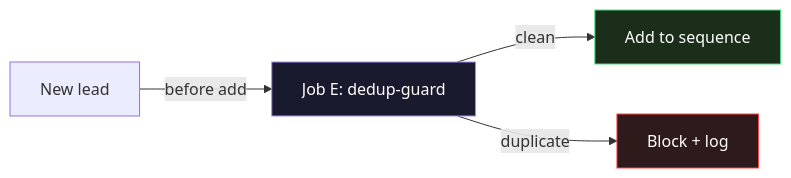
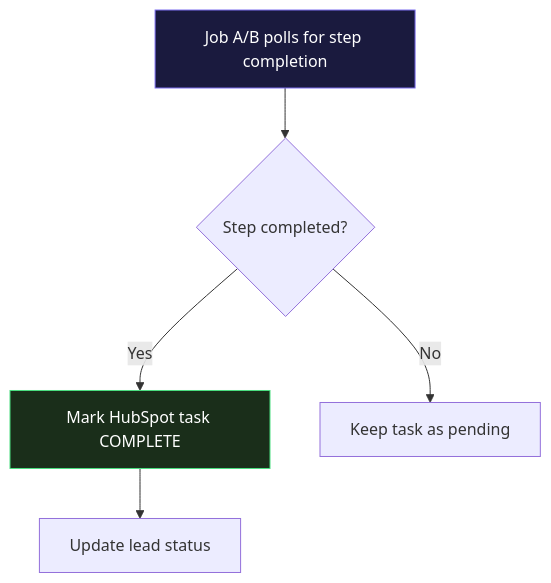
One commit to Artemponomarev/ai-agent-guides changed the seventh of 11 diagrams in Kernelics email outreaching automation/architecture.md. Above: the diagram before and after it, drawn with Mermaid. The commit also changed other lines of this file, not shown here.

First line of the commit message:
Add full task mirroring and automatic lead status management

````diff
--- a/Kernelics email outreaching automation/architecture.md
+++ b/Kernelics email outreaching automation/architecture.md
@@ -105,10 +118,11 @@
 ```mermaid
-flowchart LR
-    NEW[New lead] -->|before add| E[Job E: dedup-guard]
-    E -->|clean| OK[Add to sequence]
-    E -->|duplicate| BLOCK[Block + log]
+flowchart TD
+    POLL[Job A/B polls for step completion]
+    POLL --> DONE{Step completed?}
+    DONE -->|Yes| MARK[Mark HubSpot task COMPLETE]
+    MARK --> STATUS[Update lead status]
+    DONE -->|No| WAIT[Keep task as pending]
 
-    style E fill:#1a1a2e,stroke:#a78bfa,color:#fff
-    style OK fill:#1a2e1a,stroke:#4ade80,color:#fff
-    style BLOCK fill:#2e1a1a,stroke:#ff4545,color:#fff
+    style POLL fill:#1a1a3e,stroke:#7c6ef0,color:#fff
+    style MARK fill:#1a2e1a,stroke:#4ade80,color:#fff
 ```
````
